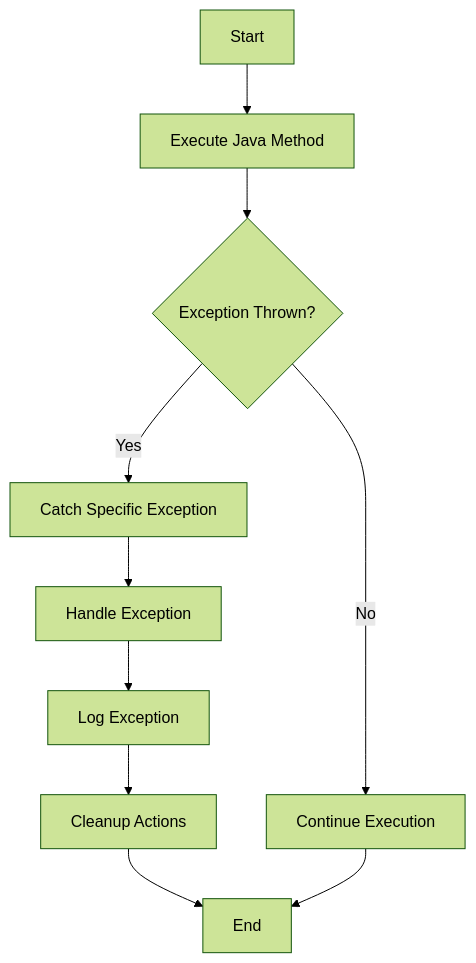
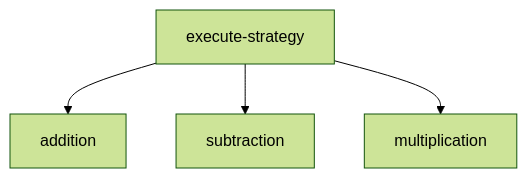
The first of 2 diagrams in content/1/11/5/1/index.md (MasteryEducation/ClojureForJava.com), drawn with Mermaid (forest theme) before and after one commit. The commit also changed other lines of this file and 915 other files, not shown here.

````diff
--- a/content/1/11/5/1/index.md
+++ b/content/1/11/5/1/index.md
@@ -170,12 +290,6 @@
 ```mermaid
 graph TD;
-    A[Start] --> B[Execute Java Method];
-    B --> C{Exception Thrown?};
-    C -->|Yes| D[Catch Specific Exception];
-    C -->|No| E[Continue Execution];
-    D --> F[Handle Exception];
-    F --> G[Log Exception];
-    G --> H[Cleanup Actions];
-    H --> I[End];
-    E --> I;
+    A[execute-strategy] --> B[addition]
+    A --> C[subtraction]
+    A --> D[multiplication]
 ```
````
